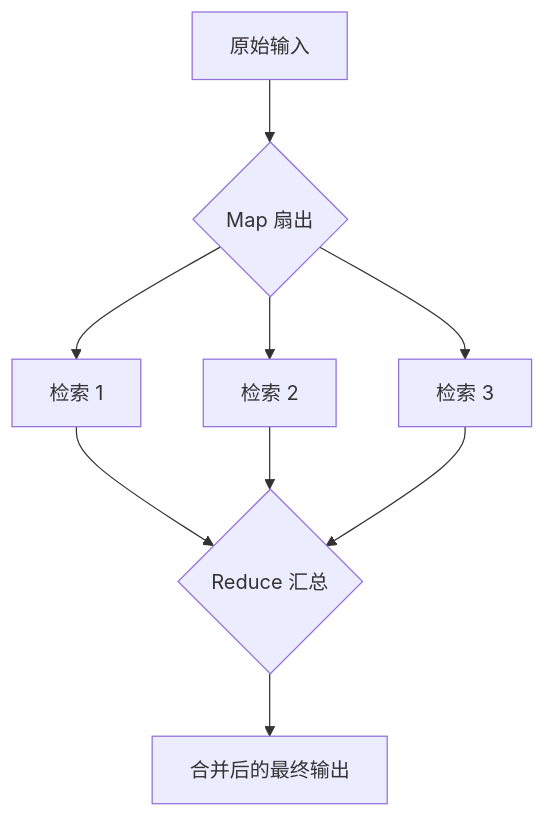
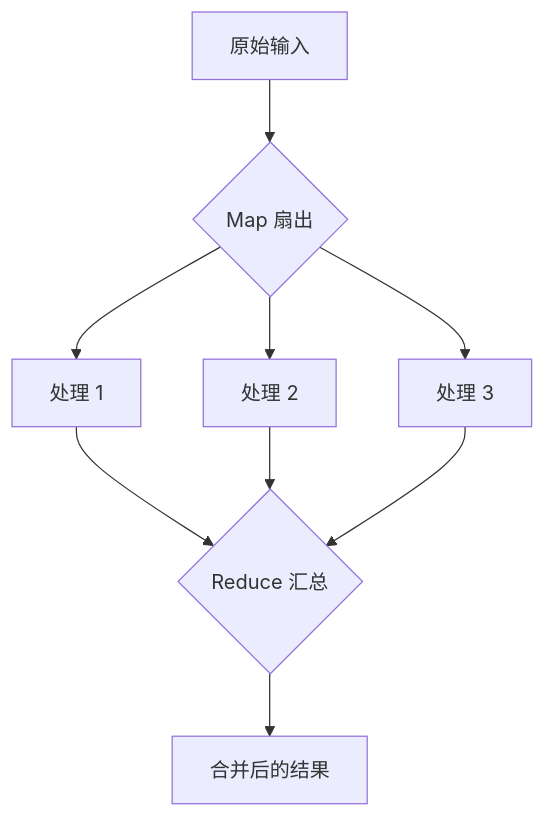
One commit to riceCk/riceBlog changed the diagram in source/_posts/LangGraph/4.MapReduce.md. Above: the diagram before and after it, drawn with Mermaid. The commit also changed other lines of this file and 13 other files, not shown here.

````diff
--- a/source/_posts/LangGraph/4.MapReduce.md
+++ b/source/_posts/LangGraph/4.MapReduce.md
@@ -24,11 +15,11 @@
 ```mermaid
 flowchart TD
     A[原始输入] --> B{Map 扇出}
-    B --> C1[检索 1]
-    B --> C2[检索 2]
-    B --> C3[检索 3]
+    B --> C1[处理 1]
+    B --> C2[处理 2]
+    B --> C3[处理 3]
     C1 --> D{Reduce 汇总}
     C2 --> D
     C3 --> D
-    D --> E[合并后的最终输出]
+    D --> E[合并后的结果]
 ```
````
